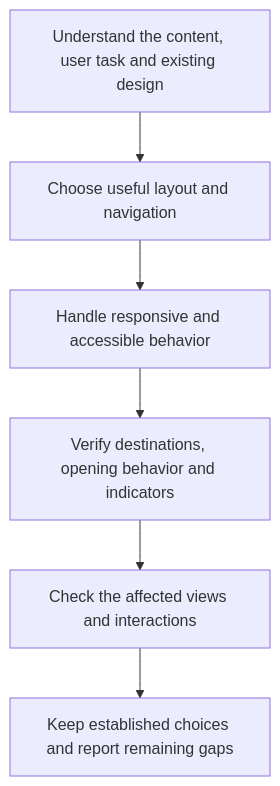
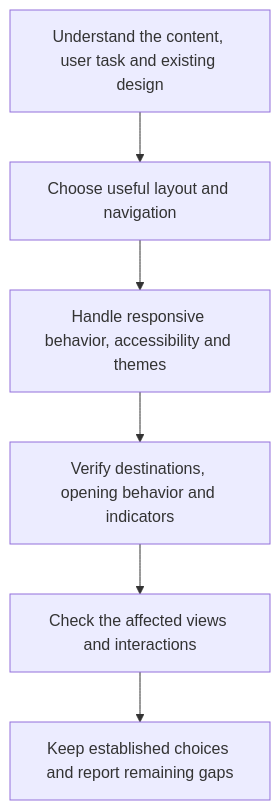
Before and after one commit to myowinthein/agent-helm: the diagram in docs/rules/design/detailed.md, drawn with Mermaid. The commit also changed other lines of this file and 2 other files, not shown here.

Commit message:
docs(design): define theme preference behavior

````diff
--- a/docs/rules/design/detailed.md
+++ b/docs/rules/design/detailed.md
@@ -22,8 +22,8 @@
 ```mermaid
 flowchart TD
   Task["Understand the content, user task and existing design"] --> Structure["Choose useful layout and navigation"]
-  Structure --> Access["Handle responsive and accessible behavior"]
+  Structure --> Access["Handle responsive behavior, accessibility and themes"]
   Access --> Links["Verify destinations, opening behavior and indicators"]
   Links --> Review["Check the affected views and interactions"]
   Review --> Result["Keep established choices and report remaining gaps"]
 ```
````
